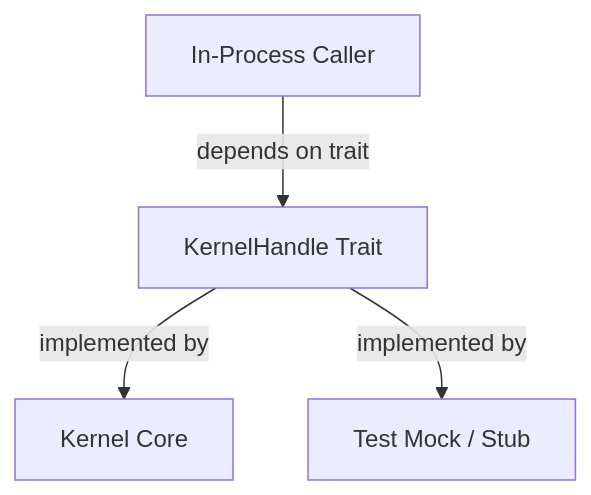
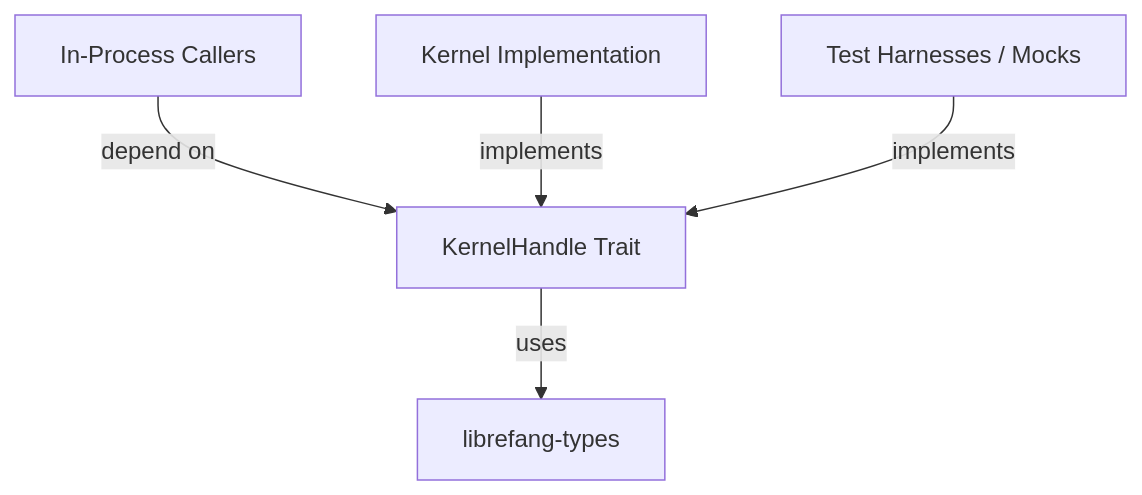
The diagram in other-librefang-kernel-handle.md (leszek3737/librefang-WIki), drawn with Mermaid before and after one commit. The commit also changed other lines of this file and 100 other files, not shown here.

````diff
--- a/other-librefang-kernel-handle.md
+++ b/other-librefang-kernel-handle.md
@@ -24,6 +13,7 @@
 ```mermaid
 graph TD
-    A[In-Process Caller] -->|depends on trait| B[KernelHandle Trait]
-    B -->|implemented by| C[Kernel Core]
-    B -->|implemented by| D[Test Mock / Stub]
+    A[In-Process Callers] -->|depend on| KH[KernelHandle Trait]
+    KH -->|uses| T[librefang-types]
+    K[Kernel Implementation] -->|implements| KH
+    A2[Test Harnesses / Mocks] -->|implements| KH
 ```
````
